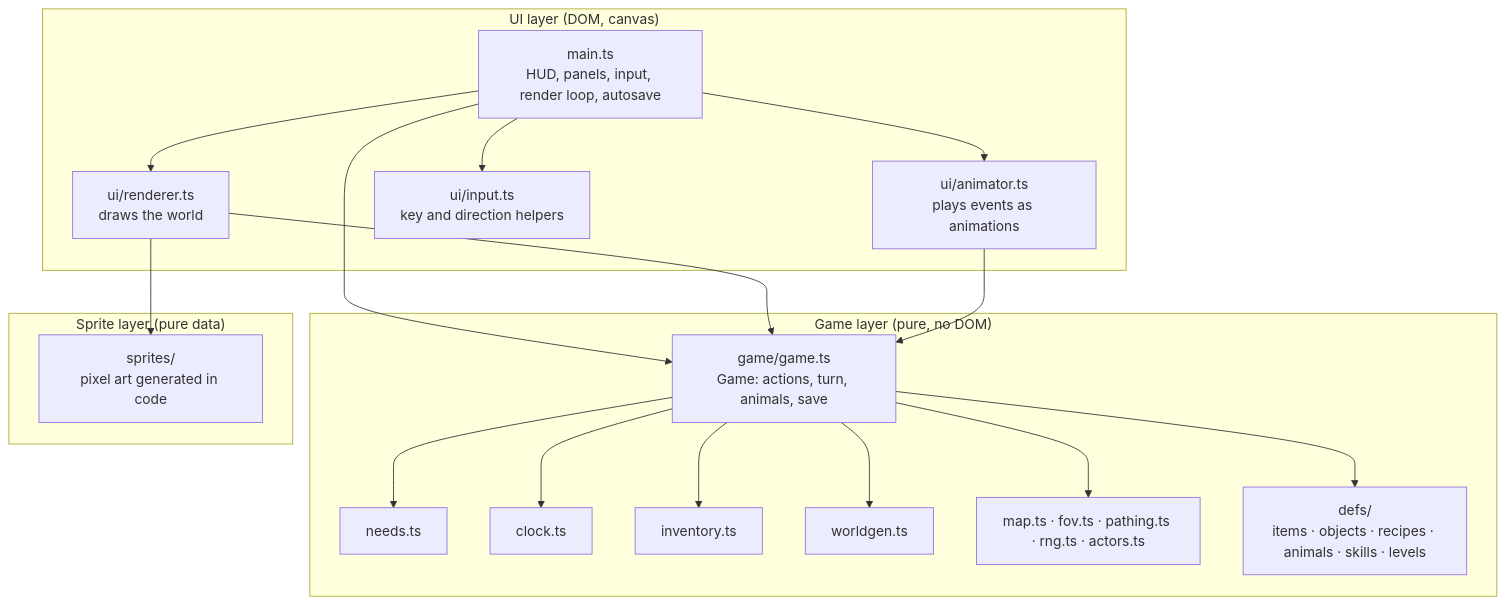
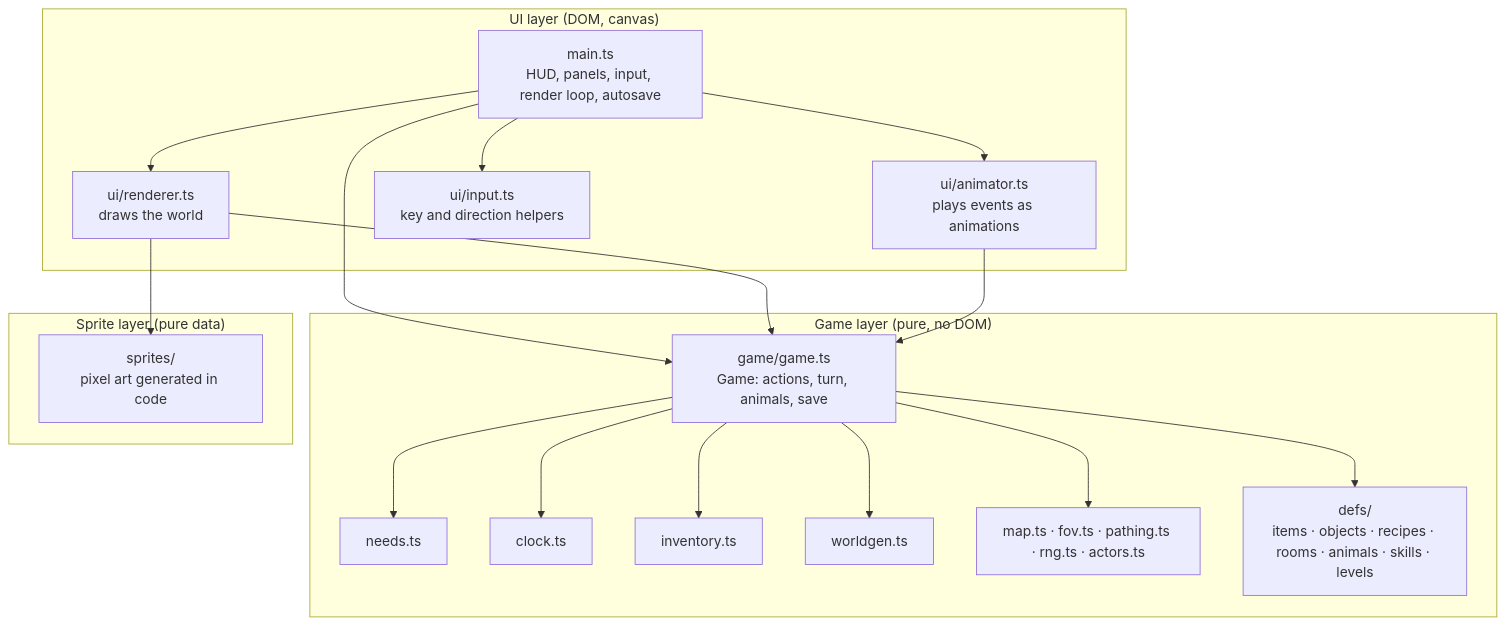
One commit to chief7/pwagame changed the first of 2 diagrams in docs/OVERVIEW.md. Above: the diagram before and after it, drawn with Mermaid. The commit also changed other lines of this file and 19 other files, not shown here.

````diff
--- a/docs/OVERVIEW.md
+++ b/docs/OVERVIEW.md
@@ -51,29 +51,29 @@
 ```mermaid
 flowchart TB
   subgraph UI["UI layer (DOM, canvas)"]
     main["main.ts<br/>HUD, panels, input, render loop, autosave"]
     renderer["ui/renderer.ts<br/>draws the world"]
     animator["ui/animator.ts<br/>plays events as animations"]
     input["ui/input.ts<br/>key and direction helpers"]
   end
   subgraph Logic["Game layer (pure, no DOM)"]
     game["game/game.ts<br/>Game: actions, turn, animals, save"]
     needs["needs.ts"]
     clock["clock.ts"]
     inv["inventory.ts"]
     world["worldgen.ts"]
     support["map.ts · fov.ts · pathing.ts · rng.ts · actors.ts"]
-    defs["defs/<br/>items · objects · recipes · animals · skills · levels"]
+    defs["defs/<br/>items · objects · recipes · rooms · animals · skills · levels"]
   end
   subgraph Art["Sprite layer (pure data)"]
     sprites["sprites/<br/>pixel art generated in code"]
   end
   main --> game
   main --> renderer
   main --> animator
   main --> input
   renderer --> sprites
   renderer --> game
   animator --> game
   game --> needs & clock & inv & world & support & defs
 ```
````
